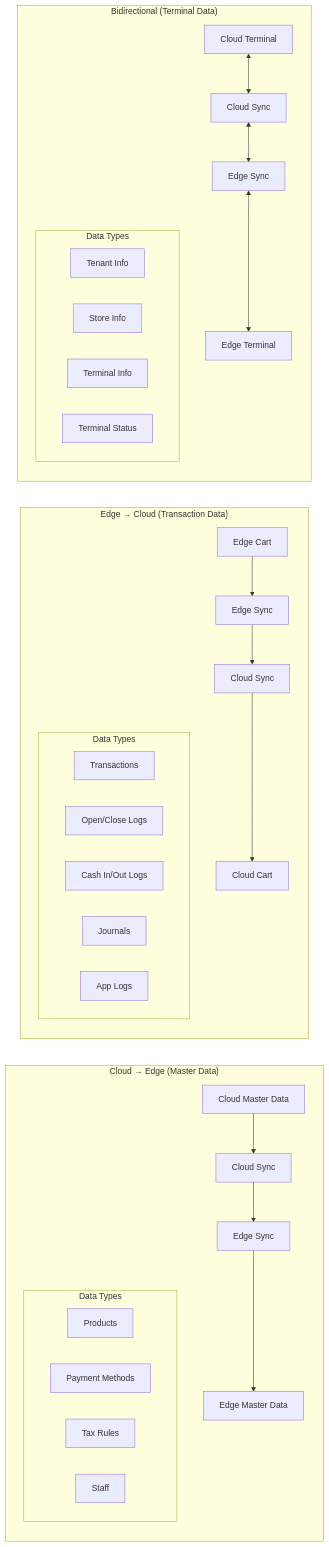
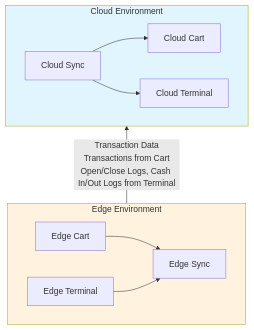
One commit to gaocuiping/kugelpos-stpos-docs-new changed the second of 5 diagrams in notes/1-sync/architecture/2-sync-data-flow.md. Above: the diagram before and after it, drawn with Mermaid. The commit also changed other lines of this file and 1 other file, not shown here.

First line of the commit message:
docs: Update sync service documentation for issue #1

````diff
--- a/notes/1-sync/architecture/2-sync-data-flow.md
+++ b/notes/1-sync/architecture/2-sync-data-flow.md
@@ -40,42 +46,19 @@
 ```mermaid
-flowchart LR
-    subgraph "Cloud → Edge (Master Data)"
-        CMD2[Cloud Master Data] --> CS2[Cloud Sync]
-        CS2 --> ES2[Edge Sync]
-        ES2 --> EMD2[Edge Master Data]
-        
-        subgraph "Data Types"
-            P[Products]
-            PM[Payment Methods]
-            TR[Tax Rules]
-            S[Staff]
-        end
+flowchart BT
+    subgraph Edge["Edge Environment"]
+        direction LR
+        ECA2[Edge Cart] --> ES3[Edge Sync]
+        ET3[Edge Terminal] --> ES3
     end
-    
-    subgraph "Edge → Cloud (Transaction Data)"
-        ECA2[Edge Cart] --> ES3[Edge Sync]
-        ES3 --> CS3[Cloud Sync]
-        CS3 --> CCA2[Cloud Cart]
-        
-        subgraph "Data Types "
-            T[Transactions]
-            OCL[Open/Close Logs]
-            CIO[Cash In/Out Logs]
-            J[Journals]
-            L[App Logs]
-        end
+
+    subgraph Cloud["Cloud Environment"]
+        direction LR
+        CS3[Cloud Sync] --> CCA2[Cloud Cart]
+        CS3 --> CT3[Cloud Terminal]
     end
-    
-    subgraph "Bidirectional (Terminal Data)"
-        CT2[Cloud Terminal] <--> CS4[Cloud Sync]
-        CS4 <--> ES4[Edge Sync]
-        ES4 <--> ET2[Edge Terminal]
-        
-        subgraph "Data Types  "
-            TN[Tenant Info]
-            ST[Store Info]
-            TM[Terminal Info]
-            TS[Terminal Status]
-        end
-    end
+
+    ES3 -->|Transaction Data<br/>Transactions from Cart<br/>Open/Close Logs, Cash In/Out Logs from Terminal| CS3
+
+    style Cloud fill:#e1f5fe
+    style Edge fill:#fff3e0
 ```
````
